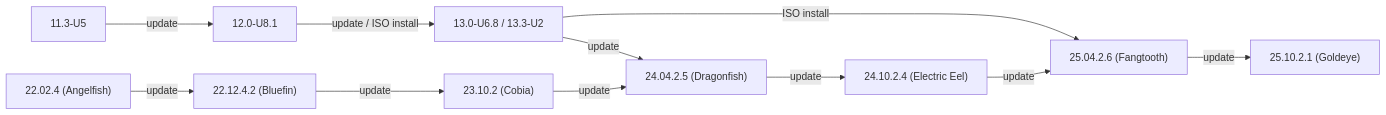
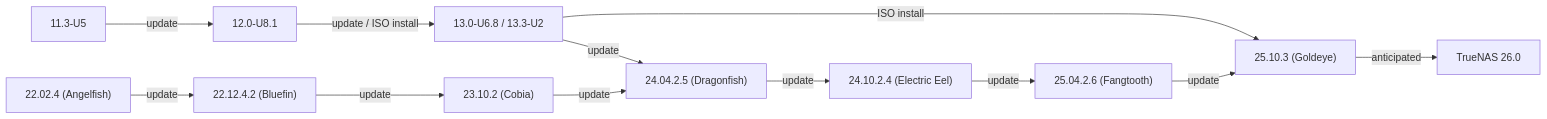
The first of 2 diagrams in static/includes/SCALEUpgradePaths.md (truenas/documentation), drawn with Mermaid before and after one commit. The commit also changed other lines of this file and 23 other files, not shown here.

```diff
--- a/static/includes/SCALEUpgradePaths.md
+++ b/static/includes/SCALEUpgradePaths.md
@@ -208,14 +21,15 @@
             {{< mermaid class="mermaid_sizing" >}}
             flowchart LR
               A["11.3-U5"] -->|update| B["12.0-U8.1"]
               B -->|"update / ISO install"| C["13.0-U6.8 / 13.3-U2"]
               C -->|update| G
-              C -->|ISO install| I
+              C -->|ISO install| J
               D["22.02.4 (Angelfish)"] -->|update| E
               E["22.12.4.2 (Bluefin)"] -->|update| F
               F["23.10.2 (Cobia)"] -->|update| G
               G["24.04.2.5 (Dragonfish)"] -->|update| H
               H["24.10.2.4 (Electric Eel)"] -->|update| I
-              I["25.04.2.6 (Fangtooth)"] -->|"update"| J
-              J["25.10.2.1 (Goldeye)"]
+              I["25.04.2.6 (Fangtooth)"] -->|update| J
+              J["25.10.3 (Goldeye)"] -->|"anticipated"| K
+              K["TrueNAS 26.0"]
             {{< /mermaid >}}
```
